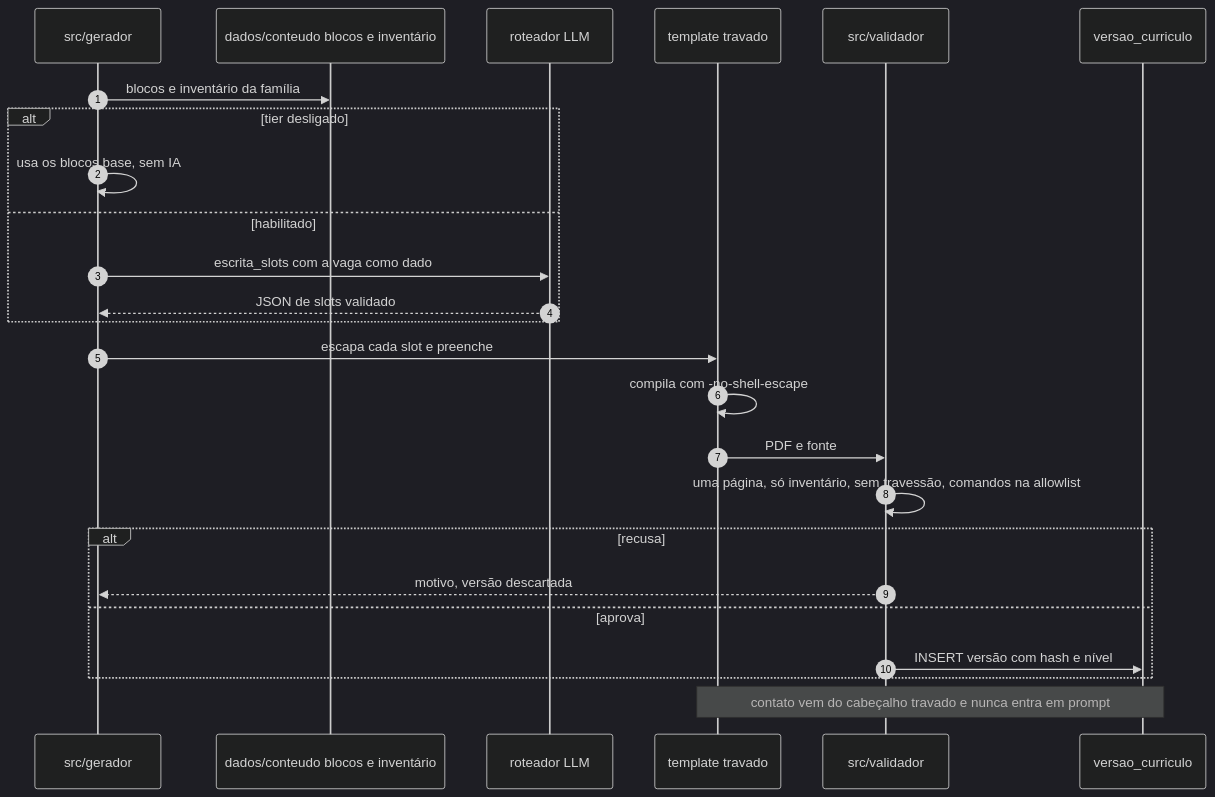
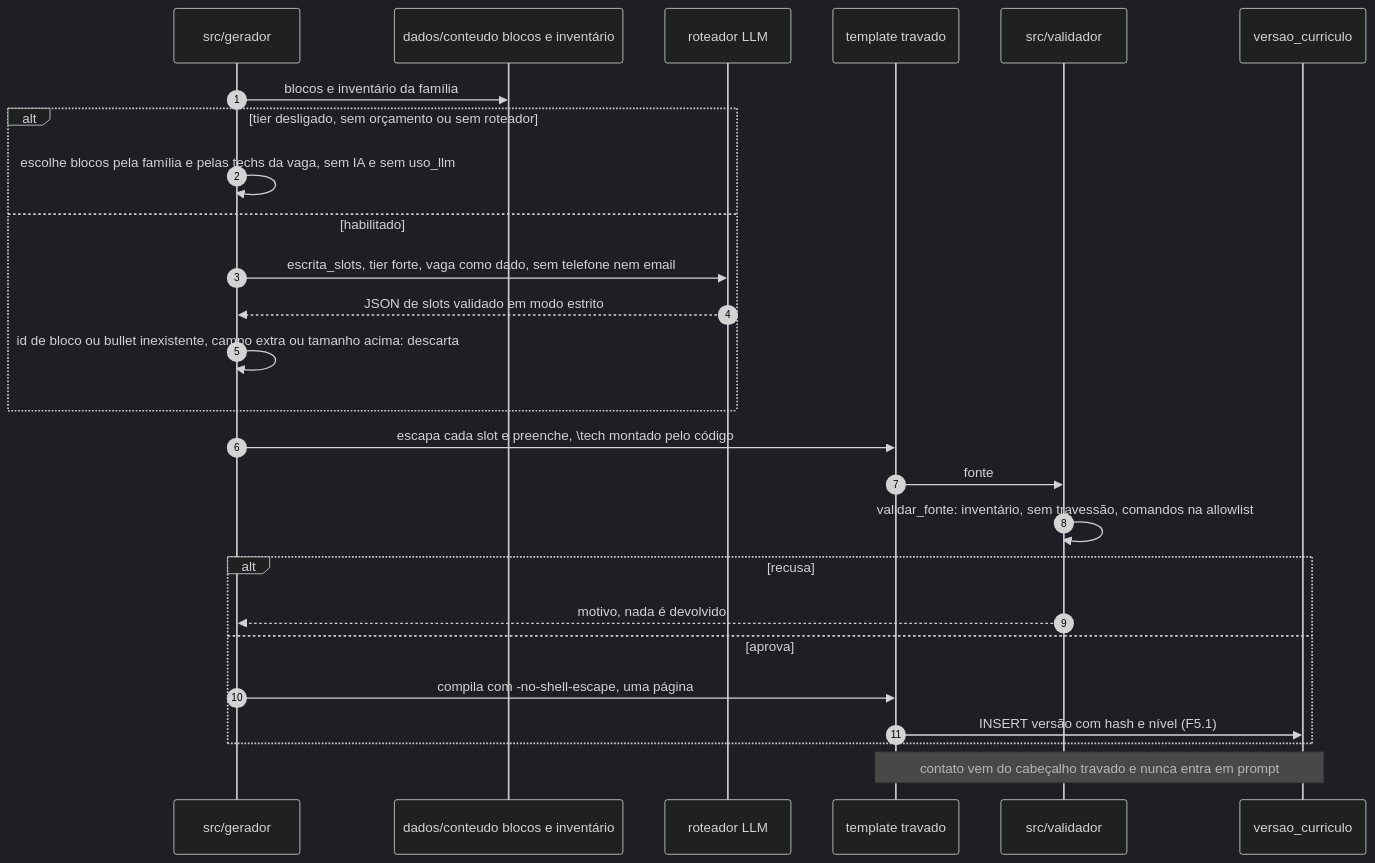
Before and after one commit to lipe0312/pleito: diagram 14 of 15 in docs/fluxos.md, drawn with Mermaid (dark theme). The commit also changed other lines of this file and 14 other files, not shown here.

Commit message:
Gerador que preenche slots do template (#22) (#79)

````diff
--- a/docs/fluxos.md
+++ b/docs/fluxos.md
@@ -347,27 +347,28 @@
 ```mermaid
 sequenceDiagram
   autonumber
   participant G as src/gerador
   participant C as dados/conteudo blocos e inventário
   participant R as roteador LLM
   participant T as template travado
   participant V as src/validador
   participant DB as versao_curriculo
   G->>C: blocos e inventário da família
-  alt tier desligado
-    G->>G: usa os blocos base, sem IA
+  alt tier desligado, sem orçamento ou sem roteador
+    G->>G: escolhe blocos pela família e pelas techs da vaga, sem IA e sem uso_llm
   else habilitado
-    G->>R: escrita_slots com a vaga como dado
-    R-->>G: JSON de slots validado
+    G->>R: escrita_slots, tier forte, vaga como dado, sem telefone nem email
+    R-->>G: JSON de slots validado em modo estrito
+    G->>G: id de bloco ou bullet inexistente, campo extra ou tamanho acima: descarta
   end
-  G->>T: escapa cada slot e preenche
-  T->>T: compila com -no-shell-escape
-  T->>V: PDF e fonte
-  V->>V: uma página, só inventário, sem travessão, comandos na allowlist
+  G->>T: escapa cada slot e preenche, \tech montado pelo código
+  T->>V: fonte
+  V->>V: validar_fonte: inventário, sem travessão, comandos na allowlist
   alt recusa
-    V-->>G: motivo, versão descartada
+    V-->>G: motivo, nada é devolvido
   else aprova
-    V->>DB: INSERT versão com hash e nível
+    G->>T: compila com -no-shell-escape, uma página
+    T->>DB: INSERT versão com hash e nível (F5.1)
   end
   Note over T,DB: contato vem do cabeçalho travado e nunca entra em prompt
 ```
````
